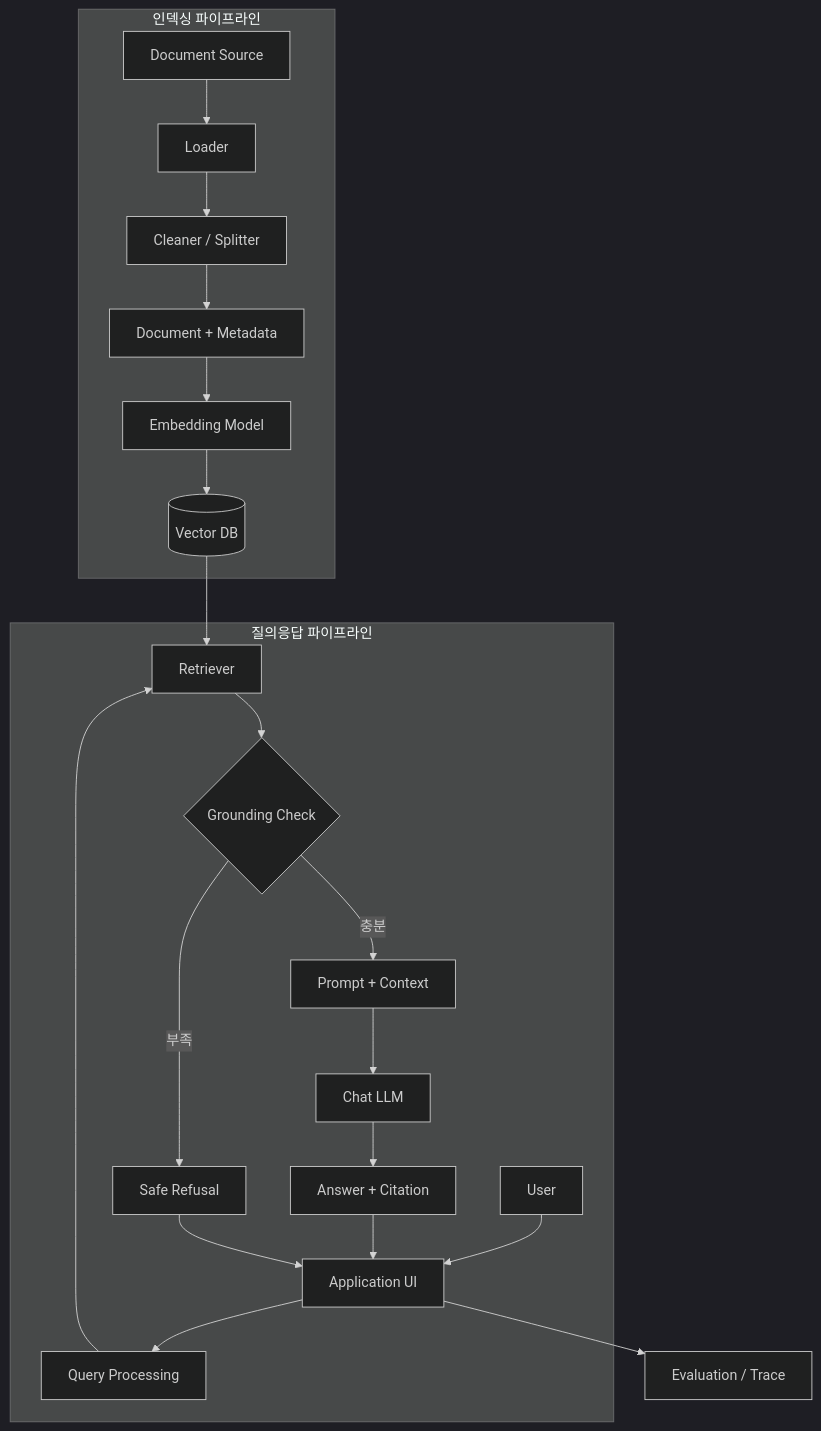
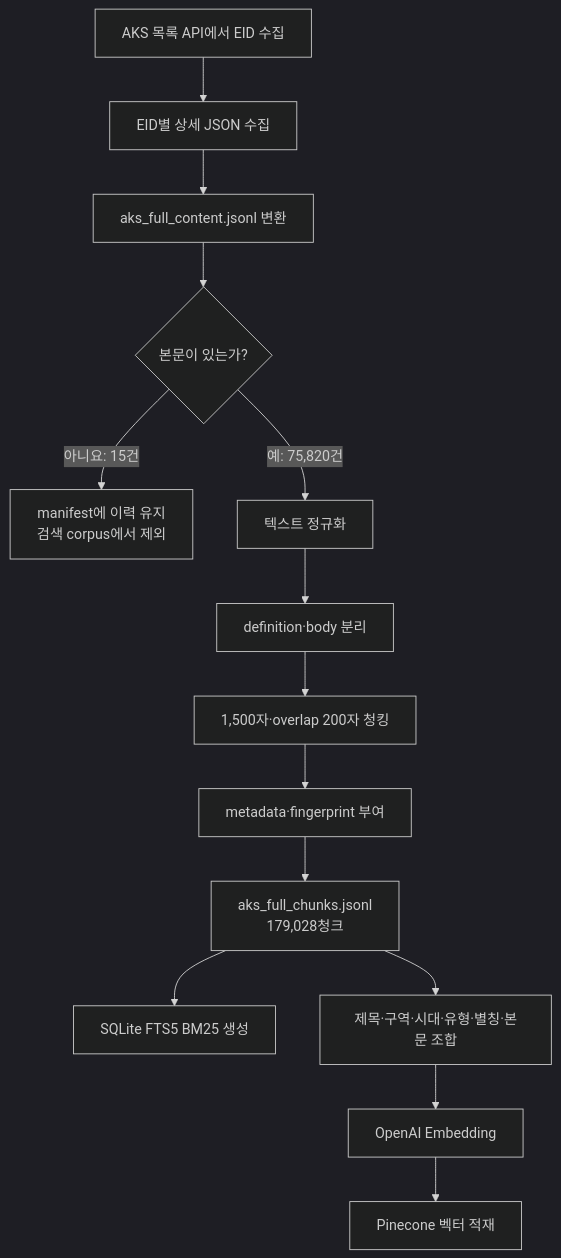
Before and after one commit to SpicyAutumn/SKN33-3rd-1Team: the second of 3 diagrams in docs/03_system_architecture.md, drawn with Mermaid (dark theme). The commit also changed other lines of this file and 5 other files, not shown here.

````diff
--- a/docs/03_system_architecture.md
+++ b/docs/03_system_architecture.md
@@ -12,26 +79,16 @@
 ```mermaid
 flowchart TB
-    subgraph Offline[인덱싱 파이프라인]
-        A[Document Source] --> B[Loader]
-        B --> C[Cleaner / Splitter]
-        C --> D[Document + Metadata]
-        D --> E[Embedding Model]
-        E --> F[(Vector DB)]
-    end
-
-    subgraph Online[질의응답 파이프라인]
-        U[User] --> UI[Application UI]
-        UI --> Q[Query Processing]
-        Q --> R[Retriever]
-        F --> R
-        R --> G{Grounding Check}
-        G -- 충분 --> P[Prompt + Context]
-        P --> L[Chat LLM]
-        L --> CITE[Answer + Citation]
-        G -- 부족 --> REFUSE[Safe Refusal]
-        CITE --> UI
-        REFUSE --> UI
-    end
-
-    UI --> LOG[Evaluation / Trace]
+    A[AKS 목록 API에서 EID 수집] --> B[EID별 상세 JSON 수집]
+    B --> C[aks_full_content.jsonl 변환]
+    C --> D{본문이 있는가?}
+    D -- 아니요: 15건 --> E[manifest에 이력 유지<br/>검색 corpus에서 제외]
+    D -- 예: 75,820건 --> F[텍스트 정규화]
+    F --> G[definition·body 분리]
+    G --> H[1,500자·overlap 200자 청킹]
+    H --> I[metadata·fingerprint 부여]
+    I --> J[aks_full_chunks.jsonl<br/>179,028청크]
+    J --> K[SQLite FTS5 BM25 생성]
+    J --> L[제목·구역·시대·유형·별칭·본문 조합]
+    L --> M[OpenAI Embedding]
+    M --> N[Pinecone 벡터 적재]
 ```
````
